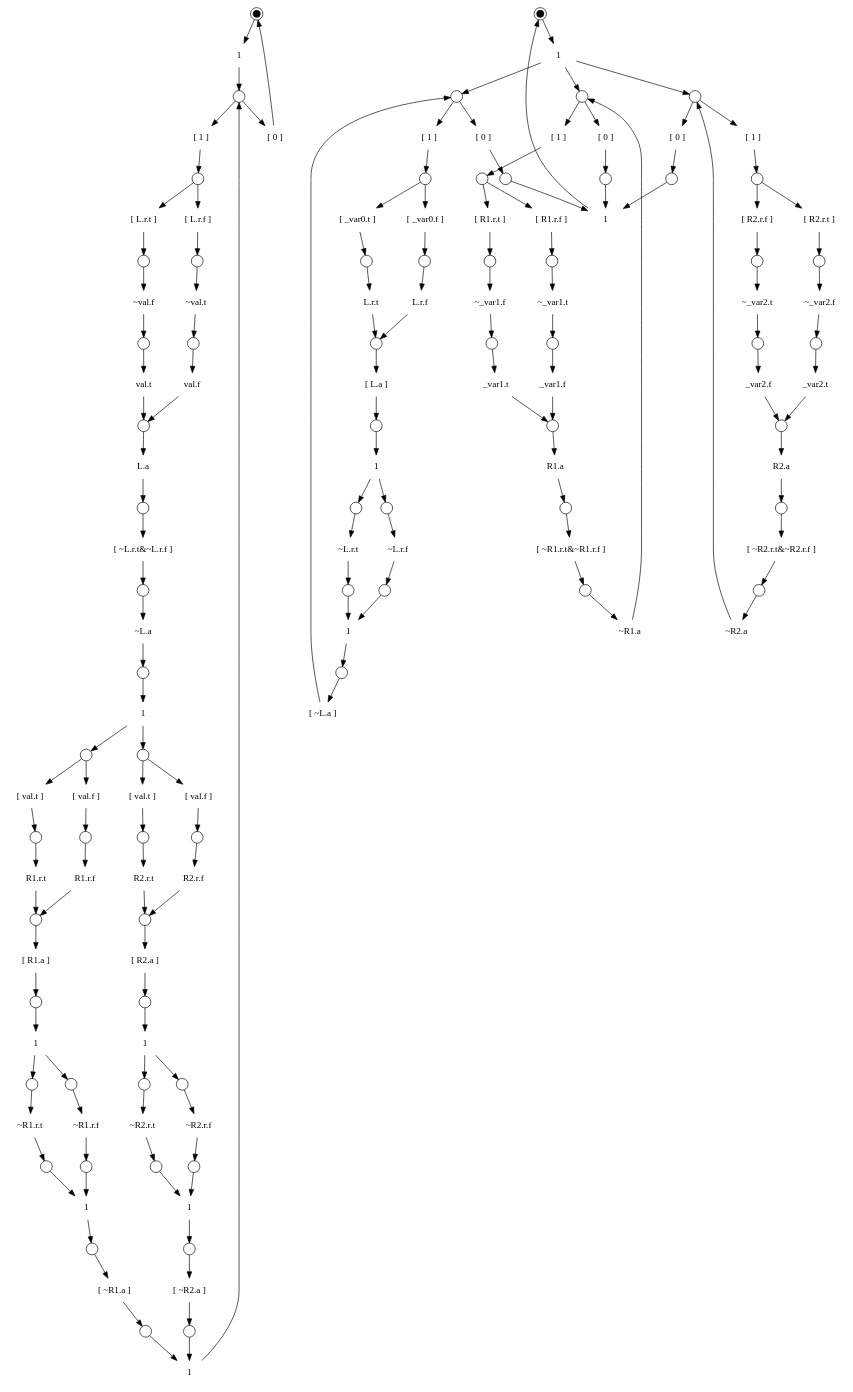
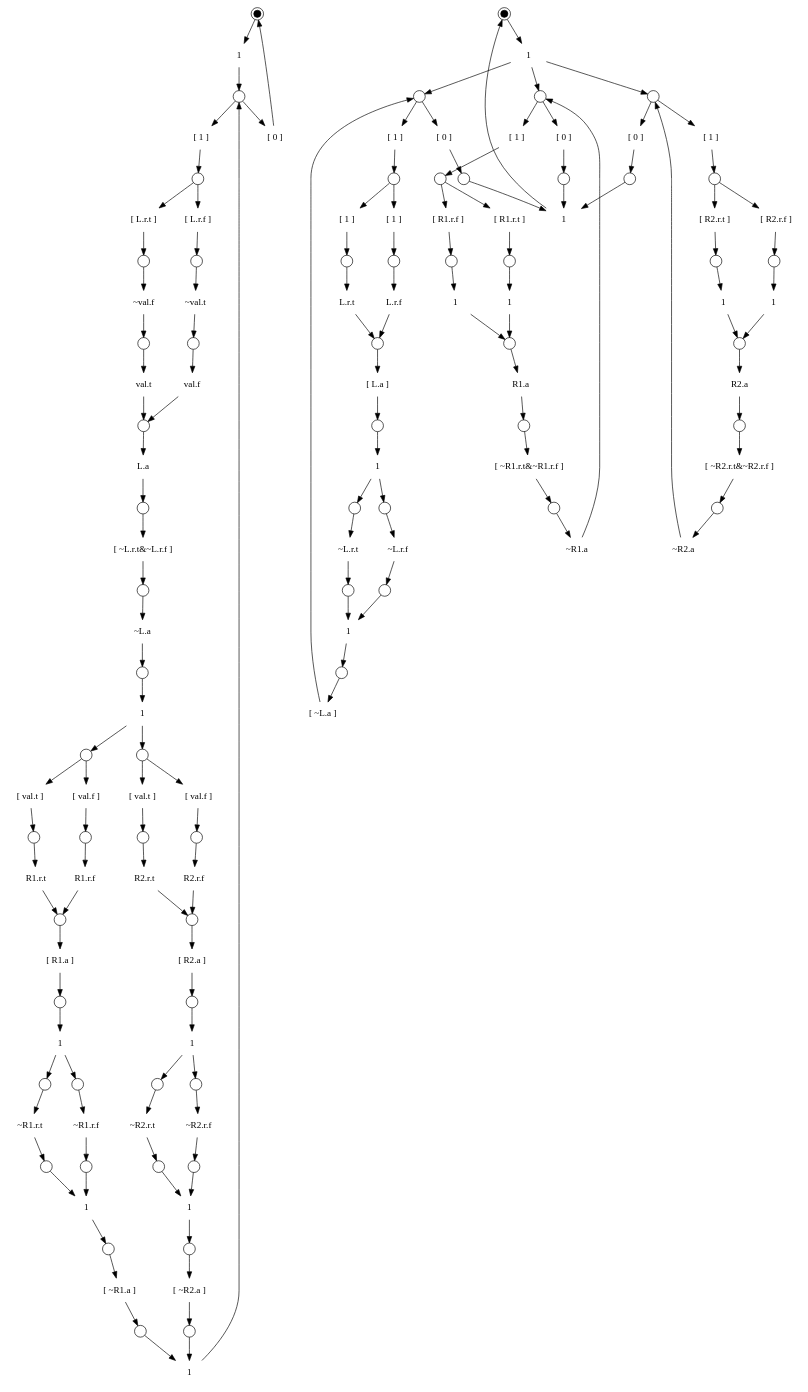
The diagram in hse/fork1b.dot (nbingham1/hse2prs), drawn with Graphviz before and after one commit. The commit also changed 15 other files, not shown here.

```diff
--- a/hse/fork1b.dot
+++ b/hse/fork1b.dot
@@ -147,7 +147,7 @@
 	}
 	subgraph environment
 	{
-		graph["label"="" "variables"="L.r.t,L.r.f,L.a,R1.r.t,R1.r.f,R1.a,R2.r.t,R2.r.f,R2.a,_var0.t,_var0.f,_var1.t,_var1.f,_var2.t,_var2.f" "type"="remote" "elaborate"="false" "reset"="~L.r.t&~L.r.f&~L.a&~R1.r.t&~R1.r.f&~R1.a&~R2.r.t&~R2.r.f&~R2.a&~_var0.t&~_var0.f&~_var1.t&~_var1.f&~_var2.t&~_var2.f"];
+		graph["label"="" "variables"="L.r.t,L.r.f,L.a,R1.r.t,R1.r.f,R1.a,R2.r.t,R2.r.f,R2.a,_var0.t,_var0.f,_var1.t,_var1.f,_var2.t,_var2.f" "type"="remote" "elaborate"="false" "reset"="~L.r.t&~L.r.f&~L.a&~R1.r.t&~R1.r.f&~R1.a&~R2.r.t&~R2.r.f&~R2.a"];
 		S33["shape"="circle" "width"="0.15" "peripheries"="2" "style"="filled" "fillcolor"="#000000" "label"=""];
 		T34["shape"="plaintext" "label"="1"];
 		S33->T34;
@@ -157,13 +157,13 @@
 		S34->T35;
 		S35["shape"="circle" "width"="0.25" "label"=""];
 		T35->S35;
-		T36["shape"="plaintext" "label"="[ _var0.t ]"];
+		T36["shape"="plaintext" "label"="[ 1 ]"];
 		S35->T36;
 		S36["shape"="circle" "width"="0.25" "label"=""];
 		T36->S36;
 		T37["shape"="plaintext" "label"="L.r.t"];
 		S36->T37;
-		T38["shape"="plaintext" "label"="[ _var0.f ]"];
+		T38["shape"="plaintext" "label"="[ 1 ]"];
 		S35->T38;
 		S37["shape"="circle" "width"="0.25" "label"=""];
 		T38->S37;
@@ -212,88 +212,72 @@
 		S47->T48;
 		S48["shape"="circle" "width"="0.25" "label"=""];
 		T48->S48;
-		T49["shape"="plaintext" "label"="~_var1.f"];
+		T49["shape"="plaintext" "label"="1"];
 		S48->T49;
+		T50["shape"="plaintext" "label"="[ R1.r.f ]"];
+		S47->T50;
 		S49["shape"="circle" "width"="0.25" "label"=""];
-		T49->S49;
-		T50["shape"="plaintext" "label"="_var1.t"];
-		S49->T50;
-		T51["shape"="plaintext" "label"="[ R1.r.f ]"];
-		S47->T51;
+		T50->S49;
+		T51["shape"="plaintext" "label"="1"];
+		S49->T51;
 		S50["shape"="circle" "width"="0.25" "label"=""];
+		T49->S50;
 		T51->S50;
-		T52["shape"="plaintext" "label"="~_var1.t"];
+		T52["shape"="plaintext" "label"="R1.a"];
 		S50->T52;
 		S51["shape"="circle" "width"="0.25" "label"=""];
 		T52->S51;
-		T53["shape"="plaintext" "label"="_var1.f"];
+		T53["shape"="plaintext" "label"="[ ~R1.r.t&~R1.r.f ]"];
 		S51->T53;
 		S52["shape"="circle" "width"="0.25" "label"=""];
-		T50->S52;
 		T53->S52;
-		T54["shape"="plaintext" "label"="R1.a"];
+		T54["shape"="plaintext" "label"="~R1.a"];
 		S52->T54;
+		T54->S46;
+		T55["shape"="plaintext" "label"="[ 0 ]"];
+		S46->T55;
 		S53["shape"="circle" "width"="0.25" "label"=""];
-		T54->S53;
-		T55["shape"="plaintext" "label"="[ ~R1.r.t&~R1.r.f ]"];
-		S53->T55;
+		T55->S53;
 		S54["shape"="circle" "width"="0.25" "label"=""];
-		T55->S54;
-		T56["shape"="plaintext" "label"="~R1.a"];
+		T34->S54;
+		T56["shape"="plaintext" "label"="[ 1 ]"];
 		S54->T56;
-		T56->S46;
-		T57["shape"="plaintext" "label"="[ 0 ]"];
-		S46->T57;
 		S55["shape"="circle" "width"="0.25" "label"=""];
-		T57->S55;
+		T56->S55;
+		T57["shape"="plaintext" "label"="[ R2.r.t ]"];
+		S55->T57;
 		S56["shape"="circle" "width"="0.25" "label"=""];
-		T34->S56;
-		T58["shape"="plaintext" "label"="[ 1 ]"];
+		T57->S56;
+		T58["shape"="plaintext" "label"="1"];
 		S56->T58;
+		T59["shape"="plaintext" "label"="[ R2.r.f ]"];
+		S55->T59;
 		S57["shape"="circle" "width"="0.25" "label"=""];
-		T58->S57;
-		T59["shape"="plaintext" "label"="[ R2.r.t ]"];
-		S57->T59;
+		T59->S57;
+		T60["shape"="plaintext" "label"="1"];
+		S57->T60;
 		S58["shape"="circle" "width"="0.25" "label"=""];
-		T59->S58;
-		T60["shape"="plaintext" "label"="~_var2.f"];
-		S58->T60;
+		T58->S58;
+		T60->S58;
+		T61["shape"="plaintext" "label"="R2.a"];
+		S58->T61;
 		S59["shape"="circle" "width"="0.25" "label"=""];
-		T60->S59;
-		T61["shape"="plaintext" "label"="_var2.t"];
-		S59->T61;
-		T62["shape"="plaintext" "label"="[ R2.r.f ]"];
-		S57->T62;
+		T61->S59;
+		T62["shape"="plaintext" "label"="[ ~R2.r.t&~R2.r.f ]"];
+		S59->T62;
 		S60["shape"="circle" "width"="0.25" "label"=""];
 		T62->S60;
-		T63["shape"="plaintext" "label"="~_var2.t"];
+		T63["shape"="plaintext" "label"="~R2.a"];
 		S60->T63;
+		T63->S54;
+		T64["shape"="plaintext" "label"="[ 0 ]"];
+		S54->T64;
 		S61["shape"="circle" "width"="0.25" "label"=""];
-		T63->S61;
-		T64["shape"="plaintext" "label"="_var2.f"];
-		S61->T64;
-		S62["shape"="circle" "width"="0.25" "label"=""];
-		T61->S62;
-		T64->S62;
-		T65["shape"="plaintext" "label"="R2.a"];
-		S62->T65;
-		S63["shape"="circle" "width"="0.25" "label"=""];
-		T65->S63;
-		T66["shape"="plaintext" "label"="[ ~R2.r.t&~R2.r.f ]"];
-		S63->T66;
-		S64["shape"="circle" "width"="0.25" "label"=""];
-		T66->S64;
-		T67["shape"="plaintext" "label"="~R2.a"];
-		S64->T67;
-		T67->S56;
-		T68["shape"="plaintext" "label"="[ 0 ]"];
-		S56->T68;
-		S65["shape"="circle" "width"="0.25" "label"=""];
-		T68->S65;
-		T69["shape"="plaintext" "label"="1"];
-		S45->T69;
-		S55->T69;
-		S65->T69;
-		T69->S33;
+		T64->S61;
+		T65["shape"="plaintext" "label"="1"];
+		S45->T65;
+		S53->T65;
+		S61->T65;
+		T65->S33;
 	}
 }
```
